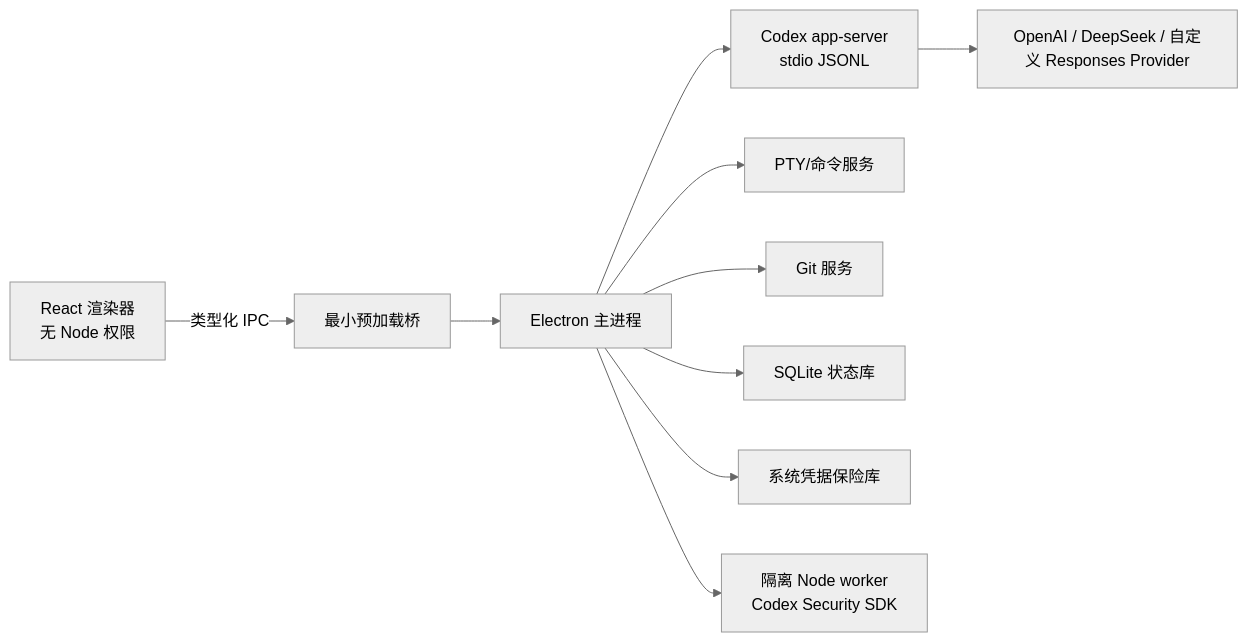
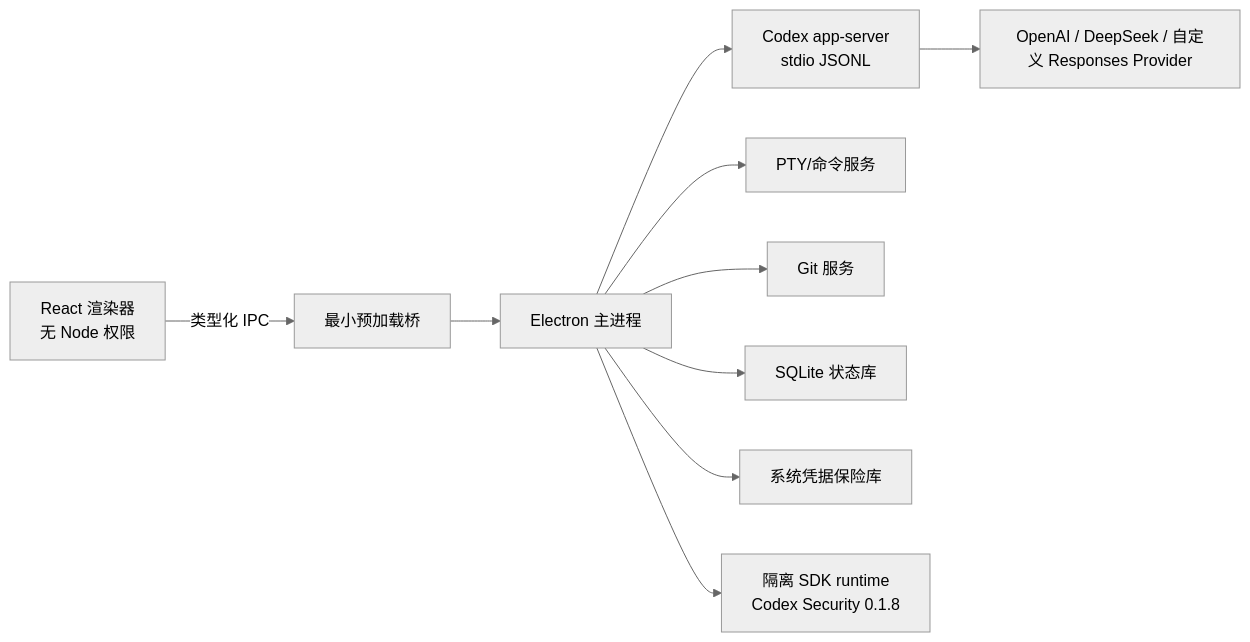
Before and after one commit to xingchen20lj/norevinq-desktop: the diagram in docs/ARCHITECTURE.md, drawn with Mermaid (neutral theme). The commit also changed other lines of this file and 19 other files, not shown here.

Commit message:
feat: add Codex Security workbench

````diff
--- a/docs/ARCHITECTURE.md
+++ b/docs/ARCHITECTURE.md
@@ -9,12 +9,12 @@
 ```mermaid
 flowchart LR
   UI["React 渲染器<br/>无 Node 权限"] -->|"类型化 IPC"| Preload["最小预加载桥"]
   Preload --> Main["Electron 主进程"]
   Main --> Runtime["Codex app-server<br/>stdio JSONL"]
   Main --> PTY["PTY/命令服务"]
   Main --> Git["Git 服务"]
   Main --> DB["SQLite 状态库"]
   Main --> Keys["系统凭据保险库"]
-  Main --> Security["隔离 Node worker<br/>Codex Security SDK"]
+  Main --> Security["隔离 SDK runtime<br/>Codex Security 0.1.8"]
   Runtime --> Providers["OpenAI / DeepSeek / 自定义 Responses Provider"]
 ```
````
